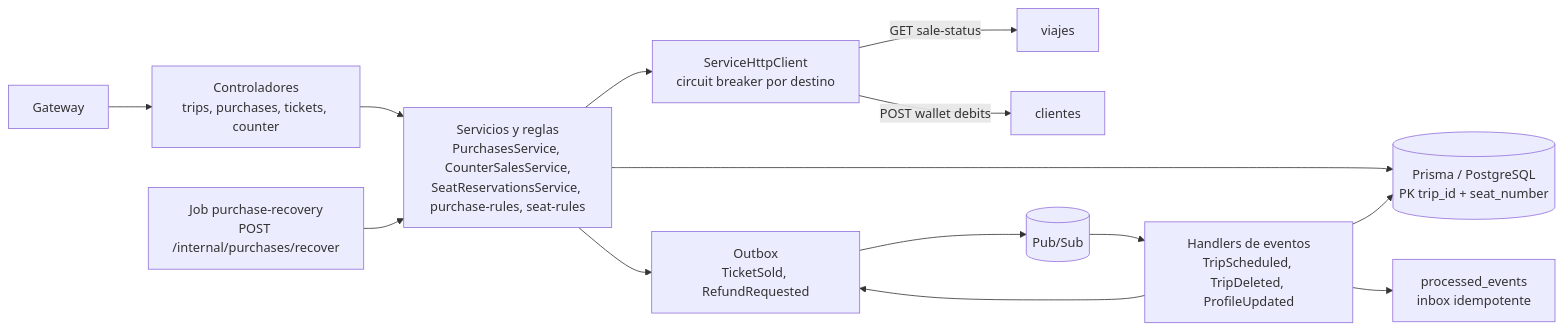
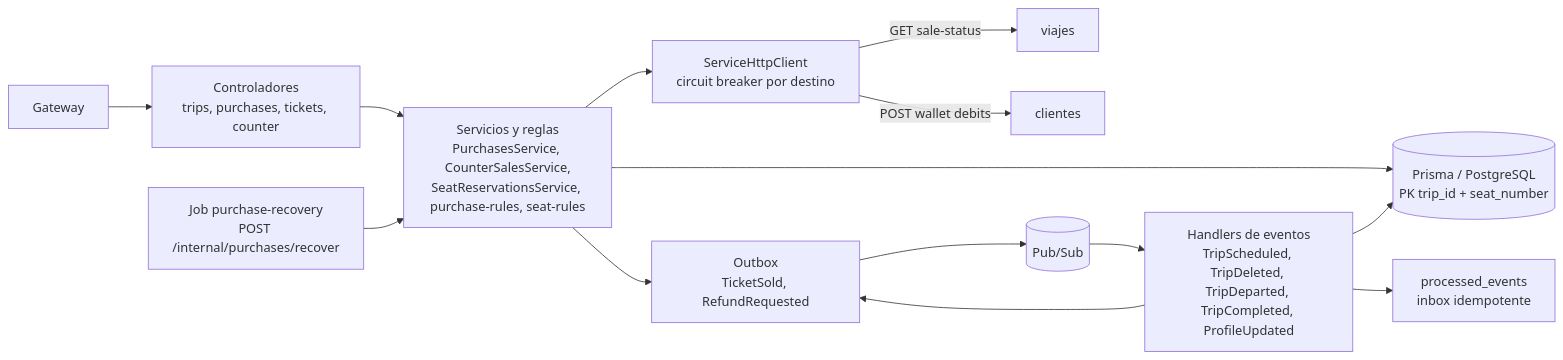
The first of 4 diagrams in docs/ventas/README.md (JeffMenca/debus), drawn with Mermaid before and after one commit. The commit also changed other lines of this file and 61 other files, not shown here.

````diff
--- a/docs/ventas/README.md
+++ b/docs/ventas/README.md
@@ -18,16 +18,16 @@
 ```mermaid
 flowchart LR
   gw[Gateway] --> ctrl[Controladores<br/>trips, purchases, tickets, counter]
   ctrl --> svc[Servicios y reglas<br/>PurchasesService, CounterSalesService,<br/>SeatReservationsService, purchase-rules, seat-rules]
   svc --> prisma[(Prisma / PostgreSQL<br/>PK trip_id + seat_number)]
   svc --> http[ServiceHttpClient<br/>circuit breaker por destino]
   http -->|GET sale-status| viajes[viajes]
   http -->|POST wallet debits| clientes[clientes]
   svc --> outbox[Outbox<br/>TicketSold, RefundRequested]
   outbox --> pubsub[(Pub/Sub)]
   recovery[Job purchase-recovery<br/>POST /internal/purchases/recover] --> svc
-  pubsub --> handlers[Handlers de eventos<br/>TripScheduled, TripDeleted, ProfileUpdated]
+  pubsub --> handlers[Handlers de eventos<br/>TripScheduled, TripDeleted, TripDeparted, TripCompleted, ProfileUpdated]
   handlers --> prisma
   handlers --> processed[processed_events<br/>inbox idempotente]
   handlers --> outbox
 ```
````
